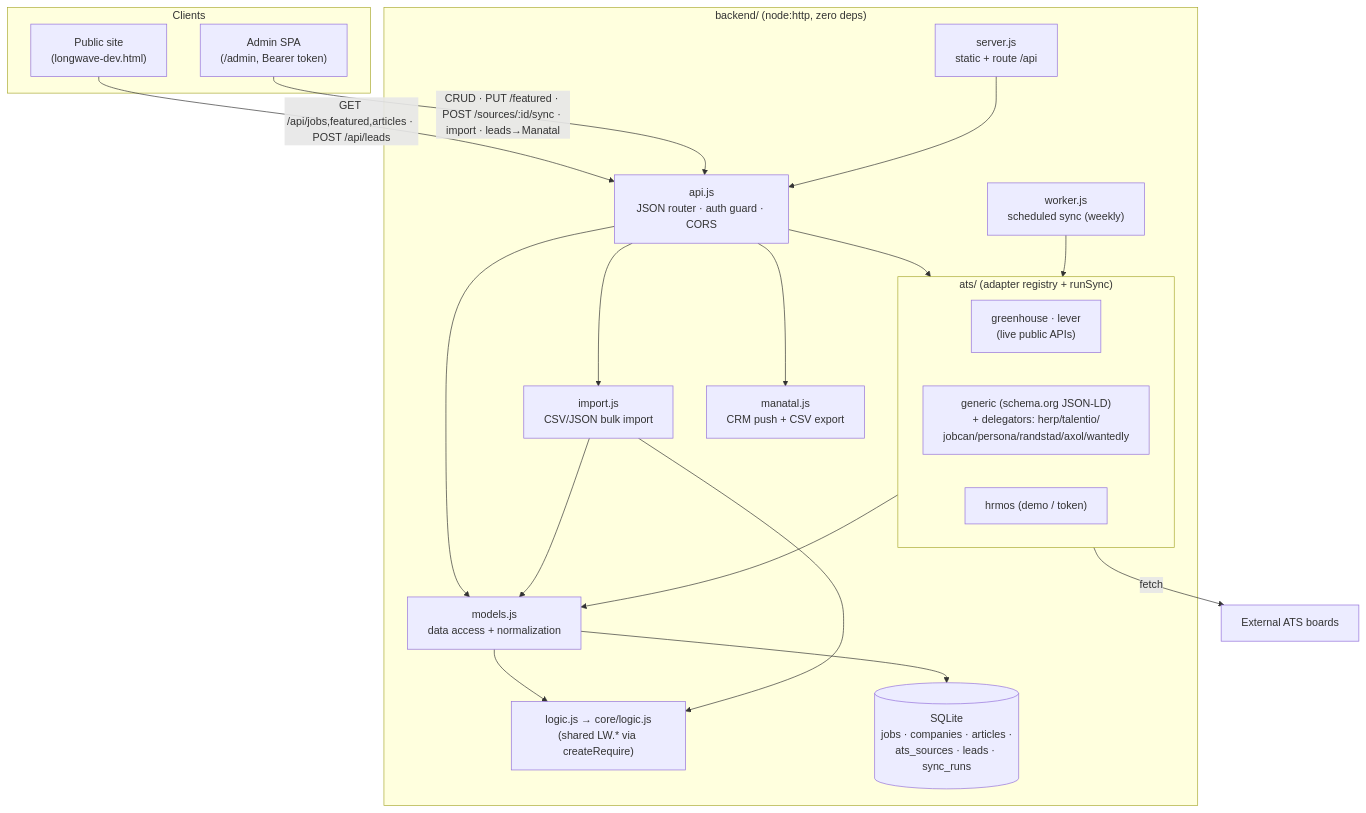
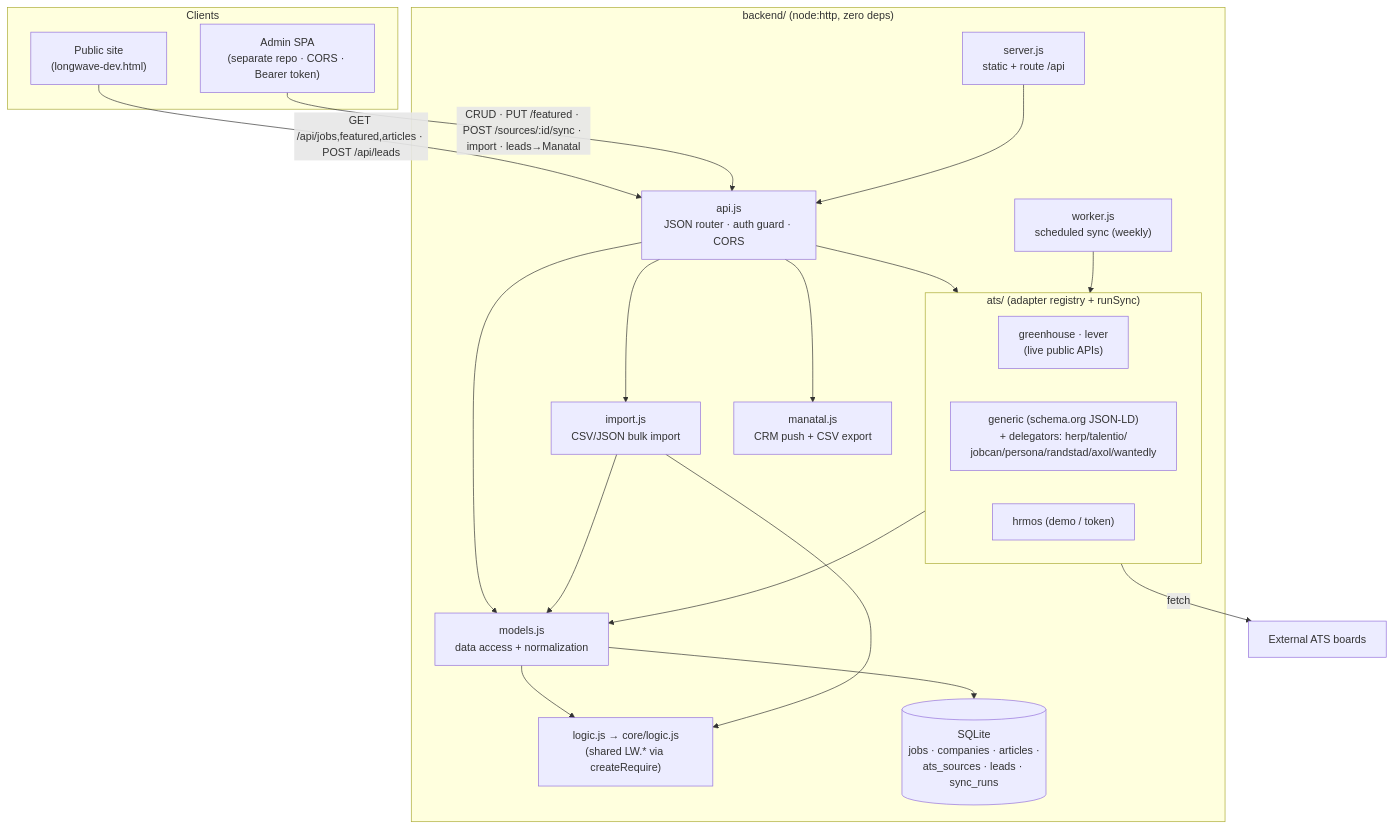
The third of 7 diagrams in docs/ARCHITECTURE.md (LongWave-Engineering/LongWave-Dev-POC), drawn with Mermaid before and after one commit. The commit also changed other lines of this file and 13 other files, not shown here.

````diff
--- a/docs/ARCHITECTURE.md
+++ b/docs/ARCHITECTURE.md
@@ -82,35 +83,35 @@
 ```mermaid
 flowchart TB
     subgraph clients["Clients"]
         site["Public site<br/>(longwave-dev.html)"]
-        admin["Admin SPA<br/>(/admin, Bearer token)"]
+        admin["Admin SPA<br/>(separate repo · CORS · Bearer token)"]
     end
     subgraph be["backend/ (node:http, zero deps)"]
         server["server.js<br/>static + route /api"]
         api["api.js<br/>JSON router · auth guard · CORS"]
         models["models.js<br/>data access + normalization"]
         logic["logic.js → core/logic.js<br/>(shared LW.* via createRequire)"]
         importer["import.js<br/>CSV/JSON bulk import"]
         manatal["manatal.js<br/>CRM push + CSV export"]
         subgraph ats["ats/ (adapter registry + runSync)"]
             live["greenhouse · lever<br/>(live public APIs)"]
             scrape["generic (schema.org JSON-LD)<br/>+ delegators: herp/talentio/<br/>jobcan/persona/randstad/axol/wantedly"]
             hrmos["hrmos (demo / token)"]
         end
         db[("SQLite<br/>jobs · companies · articles ·<br/>ats_sources · leads · sync_runs")]
         worker["worker.js<br/>scheduled sync (weekly)"]
     end
     extats["External ATS boards"]
 
     site -->|"GET /api/jobs,featured,articles · POST /api/leads"| api
     admin -->|"CRUD · PUT /featured · POST /sources/:id/sync · import · leads→Manatal"| api
     server --> api --> models --> db
     api --> importer --> models
     api --> manatal
     api --> ats
     worker --> ats
     ats -->|fetch| extats
     ats --> models
     models --> logic
     importer --> logic
 ```
````
